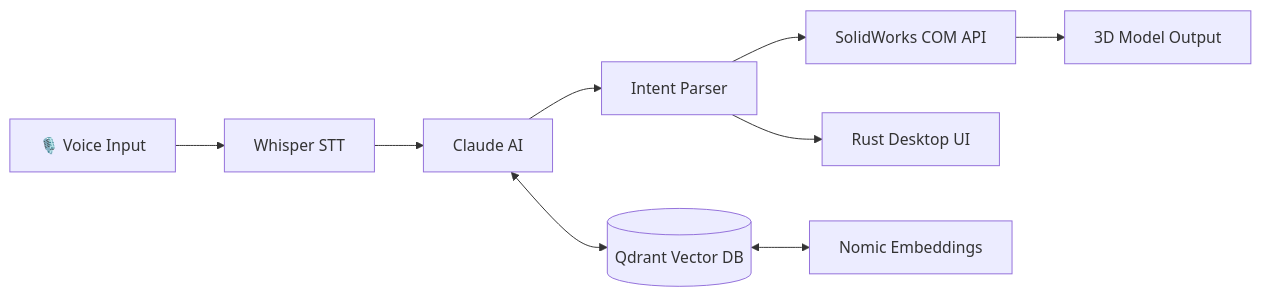
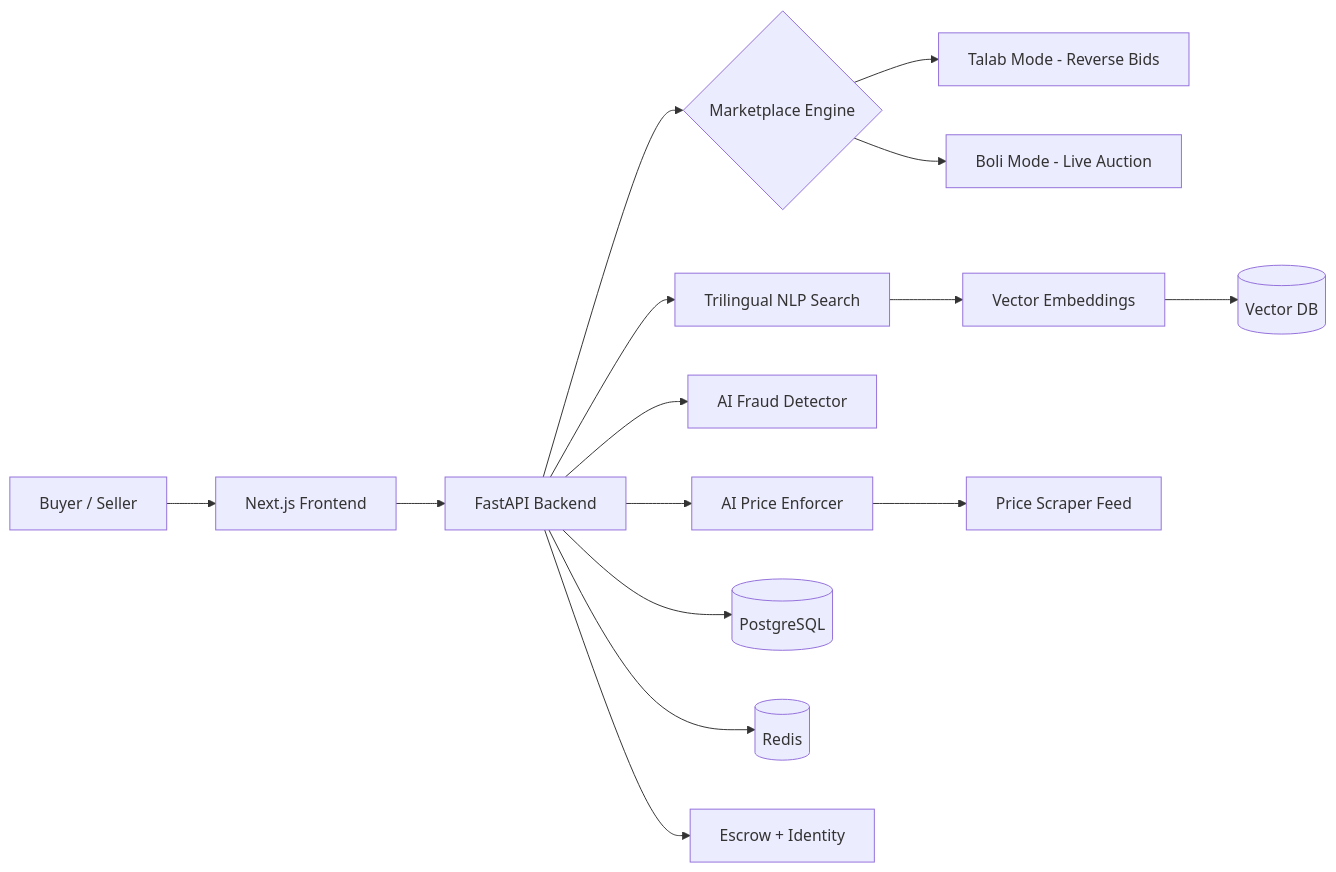
Before and after one commit to dawarazhar11/dawarazhar11: the second of 8 diagrams in README.md, drawn with Mermaid. The commit also changed other lines of this file, not shown here.

Commit message:
Full revamp: resume details, API dev emphasis, all projects with architecture diagrams, education

````diff
--- a/README.md
+++ b/README.md
@@ -138,11 +164,17 @@
 ```mermaid
 graph LR
-    A[🎙️ Voice Input] --> B[Whisper STT]
-    B --> C[Claude AI]
-    C --> D[Intent Parser]
-    D --> E[SolidWorks COM API]
-    C <--> F[(Qdrant Vector DB)]
-    F <--> G[Nomic Embeddings]
-    E --> H[3D Model Output]
-    D --> I[Rust Desktop UI]
+    A[Buyer / Seller] --> B[Next.js Frontend]
+    B --> C[FastAPI Backend]
+    C --> D{Marketplace Engine}
+    D --> E[Talab Mode - Reverse Bids]
+    D --> F[Boli Mode - Live Auction]
+    C --> G[Trilingual NLP Search]
+    G --> H[Vector Embeddings]
+    H --> I[(Vector DB)]
+    C --> J[AI Fraud Detector]
+    C --> K[AI Price Enforcer]
+    K --> L[Price Scraper Feed]
+    C --> M[(PostgreSQL)]
+    C --> N[(Redis)]
+    C --> O[Escrow + Identity]
 ```
````
